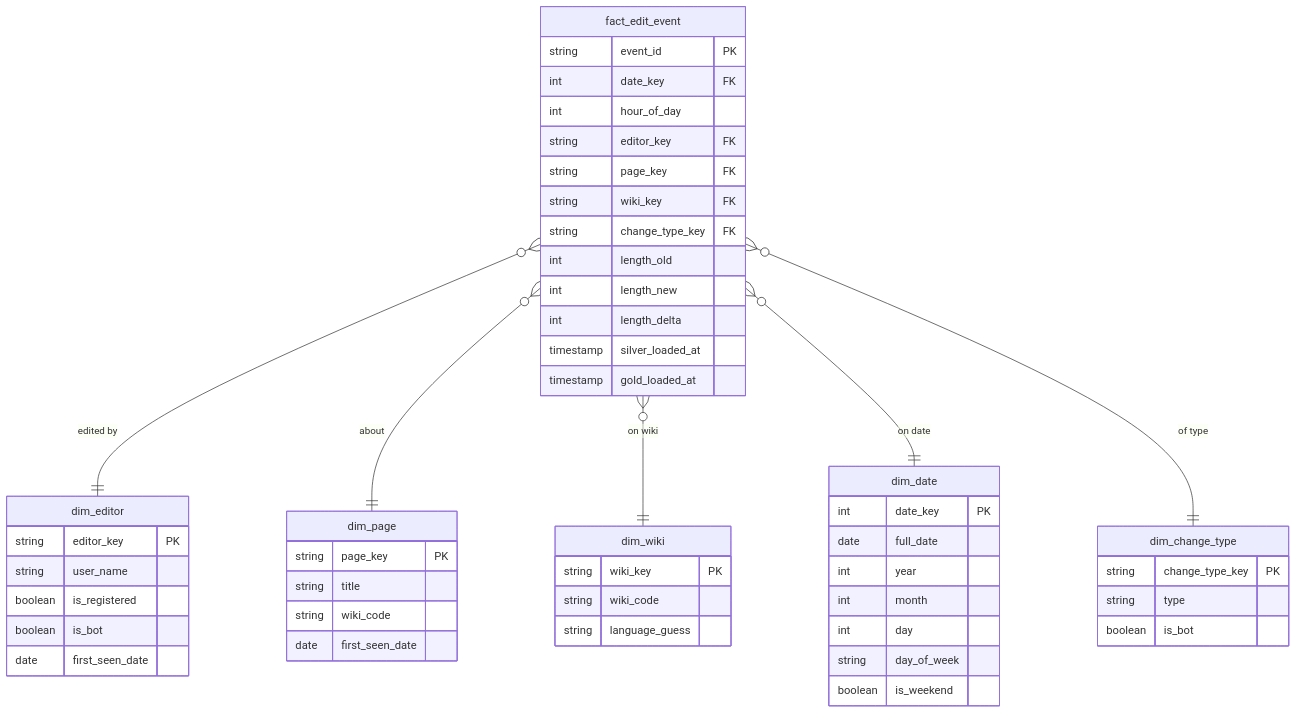
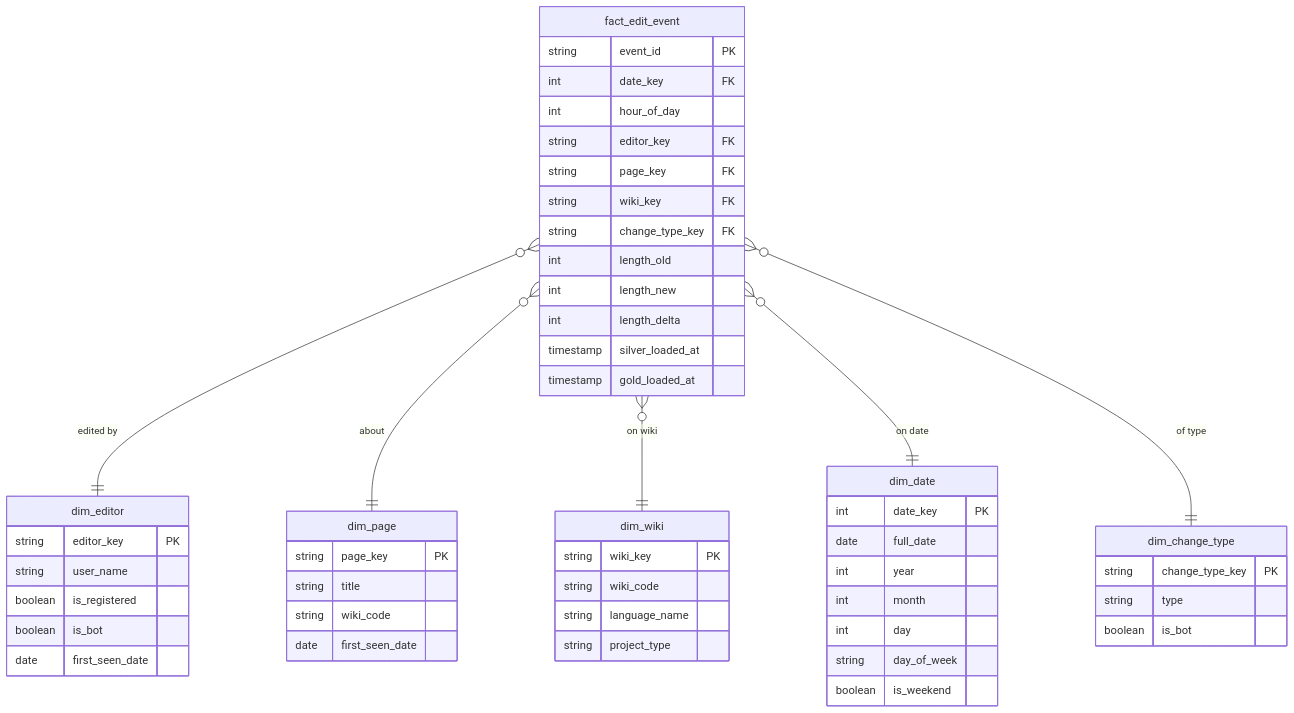
One commit to renatotnk/wiki-cdc-streaming changed the diagram in docs/SPEC-phase4-gold-consumption.md. Above: the diagram before and after it, drawn with Mermaid. The commit also changed other lines of this file and 8 other files, not shown here.

````diff
--- a/docs/SPEC-phase4-gold-consumption.md
+++ b/docs/SPEC-phase4-gold-consumption.md
@@ -29,55 +28,56 @@
 ```mermaid
 erDiagram
     fact_edit_event }o--|| dim_editor : "edited by"
     fact_edit_event }o--|| dim_page : "about"
     fact_edit_event }o--|| dim_wiki : "on wiki"
     fact_edit_event }o--|| dim_date : "on date"
     fact_edit_event }o--|| dim_change_type : "of type"
 
     fact_edit_event {
         string event_id PK
         int date_key FK
         int hour_of_day
         string editor_key FK
         string page_key FK
         string wiki_key FK
         string change_type_key FK
         int length_old
         int length_new
         int length_delta
         timestamp silver_loaded_at
         timestamp gold_loaded_at
     }
     dim_editor {
         string editor_key PK
         string user_name
         boolean is_registered
         boolean is_bot
         date first_seen_date
     }
     dim_page {
         string page_key PK
         string title
         string wiki_code
         date first_seen_date
     }
     dim_wiki {
         string wiki_key PK
         string wiki_code
-        string language_guess
+        string language_name
+        string project_type
     }
     dim_date {
         int date_key PK
         date full_date
         int year
         int month
         int day
         string day_of_week
         boolean is_weekend
     }
     dim_change_type {
         string change_type_key PK
         string type
         boolean is_bot
     }
 ```
````
